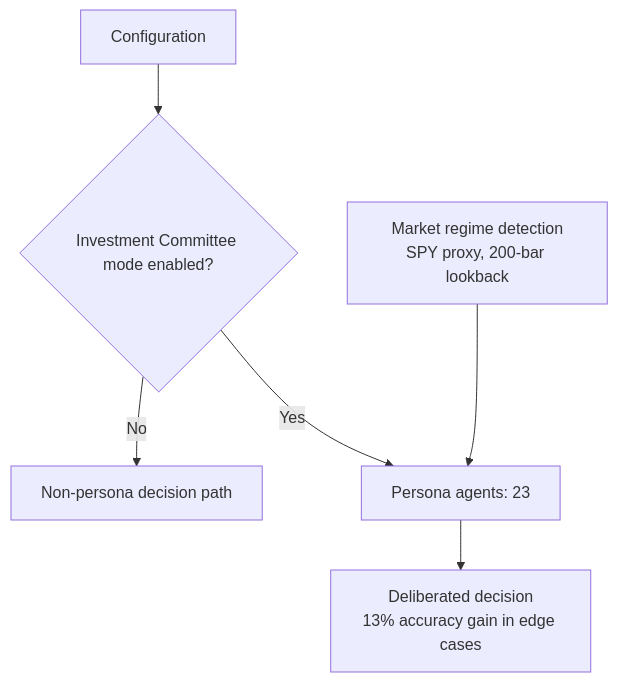
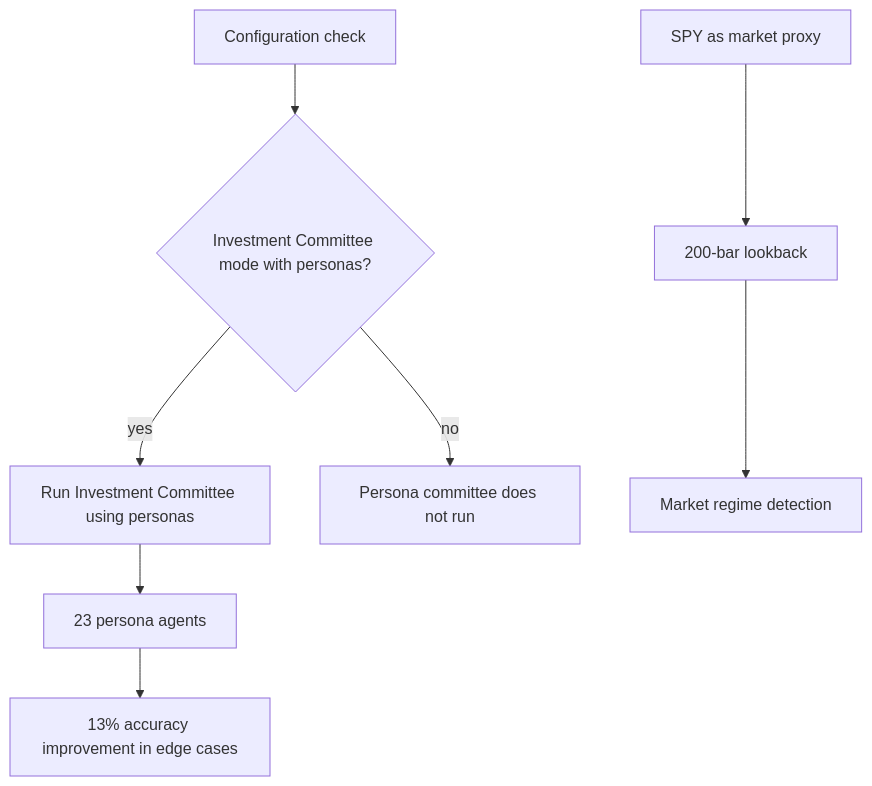
Before and after one commit to hybridindie/wiki-fabric: the diagram in wiki/topics/investor-persona-system.md, drawn with Mermaid. The commit also changed other lines of this file and 43 other files, not shown here.

````diff
--- a/wiki/topics/investor-persona-system.md
+++ b/wiki/topics/investor-persona-system.md
@@ -26,8 +30,11 @@
 ```mermaid
 flowchart TD
-    A[Configuration] --> B{Investment Committee mode enabled?}
-    B -- No --> C[Non-persona decision path]
-    B -- Yes --> D[Persona agents: 23]
-    E[Market regime detection<br/>SPY proxy, 200-bar lookback] --> D
-    D --> F[Deliberated decision<br/>13% accuracy gain in edge cases]
+    A[Configuration check] --> B{Investment Committee mode with personas?}
+    B -- yes --> C[Run Investment Committee using personas]
+    B -- no --> D[Persona committee does not run]
+    C --> E[23 persona agents]
+    E --> F[13% accuracy improvement in edge cases]
+
+    G[SPY as market proxy] --> H[200-bar lookback]
+    H --> I[Market regime detection]
 ```
````
